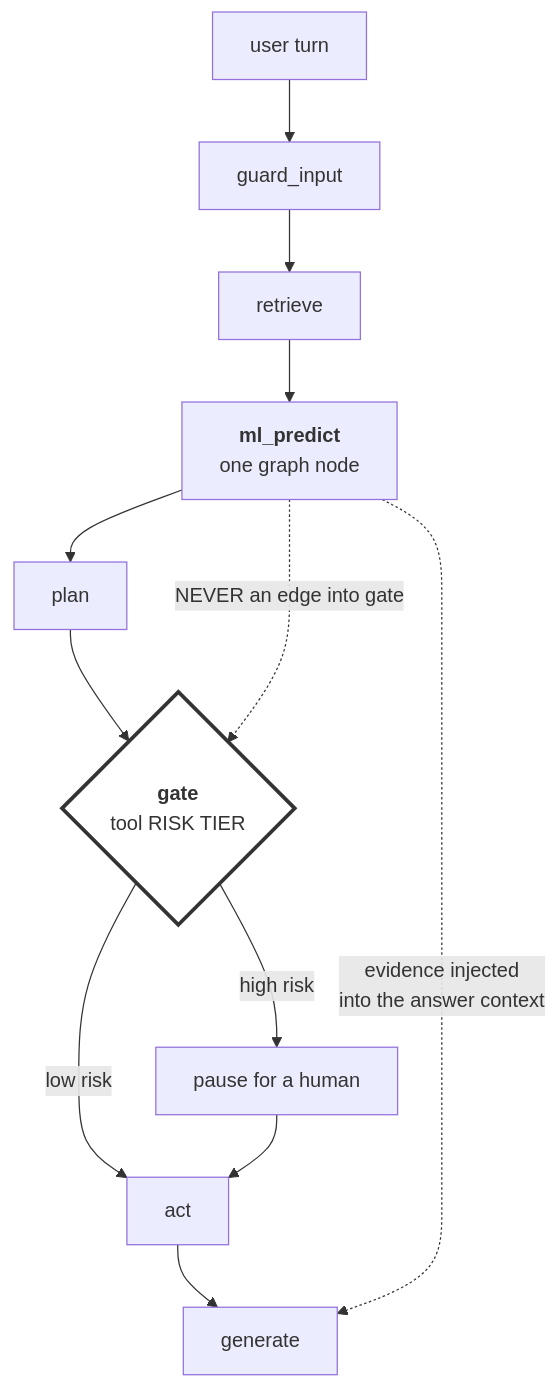
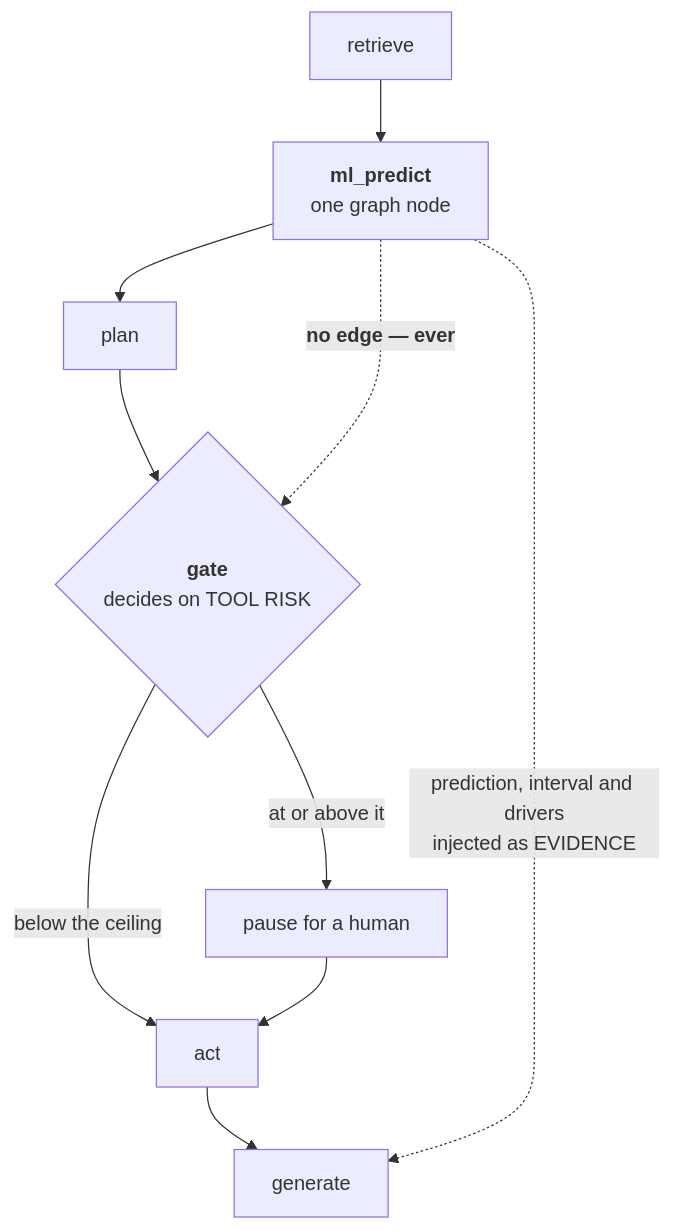
One commit to yrevash/aegis changed the first of 5 diagrams in docs/teaching/ml/40-diagrams.md. Above: the diagram before and after it, drawn with Mermaid. The commit also changed other lines of this file and 111 other files, not shown here.

````diff
--- a/docs/teaching/ml/40-diagrams.md
+++ b/docs/teaching/ml/40-diagrams.md
@@ -10,17 +16,13 @@
 ```mermaid
 flowchart TB
-    Q["user turn"] --> G["guard_input"]
-    G --> RT["retrieve"]
-    RT --> ML["<b>ml_predict</b><br/>one graph node"]
+    RT["retrieve"] --> ML["<b>ml_predict</b><br/>one graph node"]
     ML --> PLAN["plan"]
-    PLAN --> GATE{"<b>gate</b><br/>tool RISK TIER"}
-    GATE -->|"low risk"| ACT["act"]
-    GATE -->|"high risk"| HUMAN["pause for a human"]
+    PLAN --> GATE{"<b>gate</b><br/>decides on TOOL RISK"}
+    GATE -->|"below the ceiling"| ACT["act"]
+    GATE -->|"at or above it"| HUMAN["pause for a human"]
+    HUMAN --> ACT
     ACT --> GEN["generate"]
-    HUMAN --> ACT
 
-    ML -.->|"evidence injected<br/>into the answer context"| GEN
-    ML -.->|"NEVER an edge into gate"| GATE
-
-    style GATE fill:#fff,stroke:#333,stroke-width:3px
+    ML -.->|"prediction, interval and drivers<br/>injected as EVIDENCE"| GEN
+    ML -.->|"<b>no edge — ever</b>"| GATE
 ```
````
